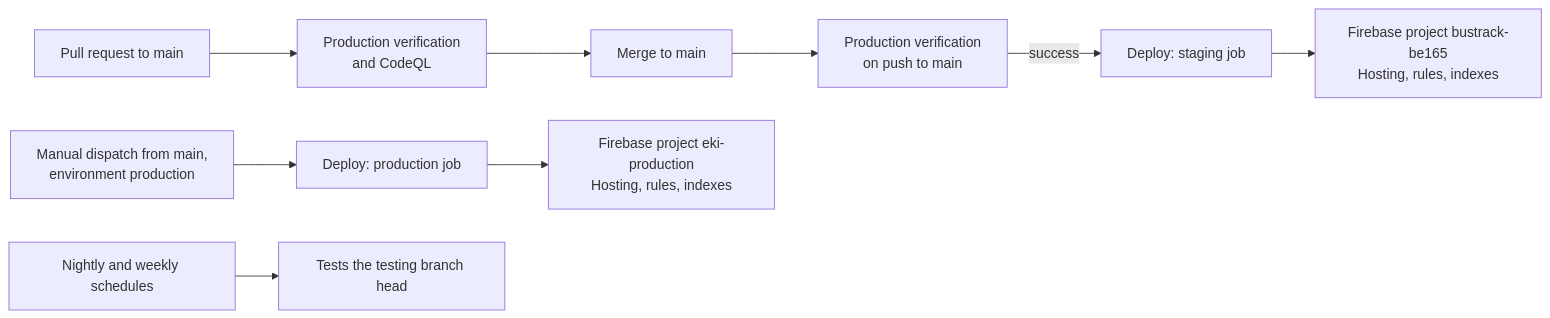
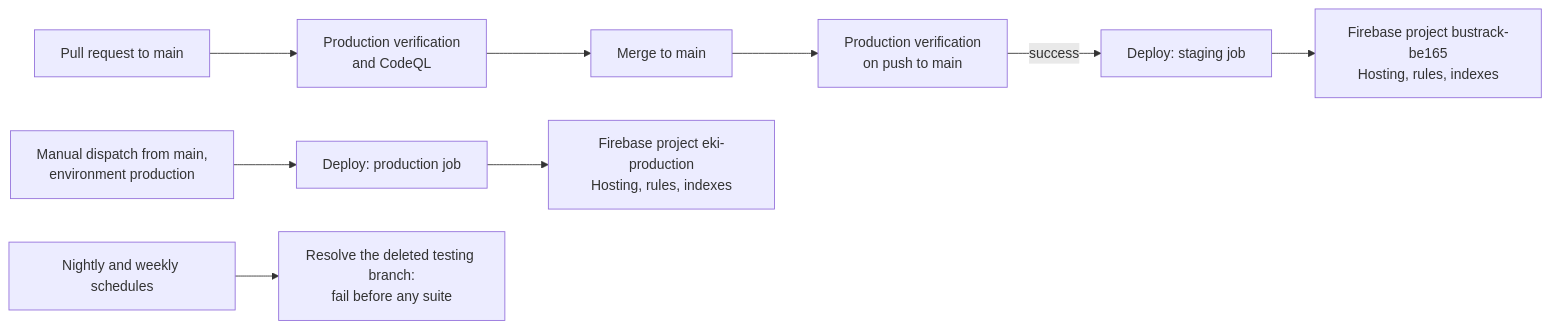
One commit to notnamansinha/Eki changed the diagram in docs/operations/CI_CD_AND_RELEASES.md. Above: the diagram before and after it, drawn with Mermaid. The commit also changed other lines of this file and 69 other files, not shown here.

````diff
--- a/docs/operations/CI_CD_AND_RELEASES.md
+++ b/docs/operations/CI_CD_AND_RELEASES.md
@@ -17,11 +17,11 @@
 ```mermaid
 flowchart LR
     PR[Pull request to main] --> CI[Production verification<br/>and CodeQL]
     CI --> Merge[Merge to main]
     Merge --> CIM[Production verification<br/>on push to main]
     CIM -->|success| DS[Deploy: staging job]
     DS --> P1[Firebase project bustrack-be165<br/>Hosting, rules, indexes]
     Manual[Manual dispatch from main,<br/>environment production] --> DP[Deploy: production job]
     DP --> P2[Firebase project eki-production<br/>Hosting, rules, indexes]
-    Sched[Nightly and weekly schedules] --> T[Tests the testing branch head]
+    Sched[Nightly and weekly schedules] --> T[Resolve the deleted testing branch:<br/>fail before any suite]
 ```
````
